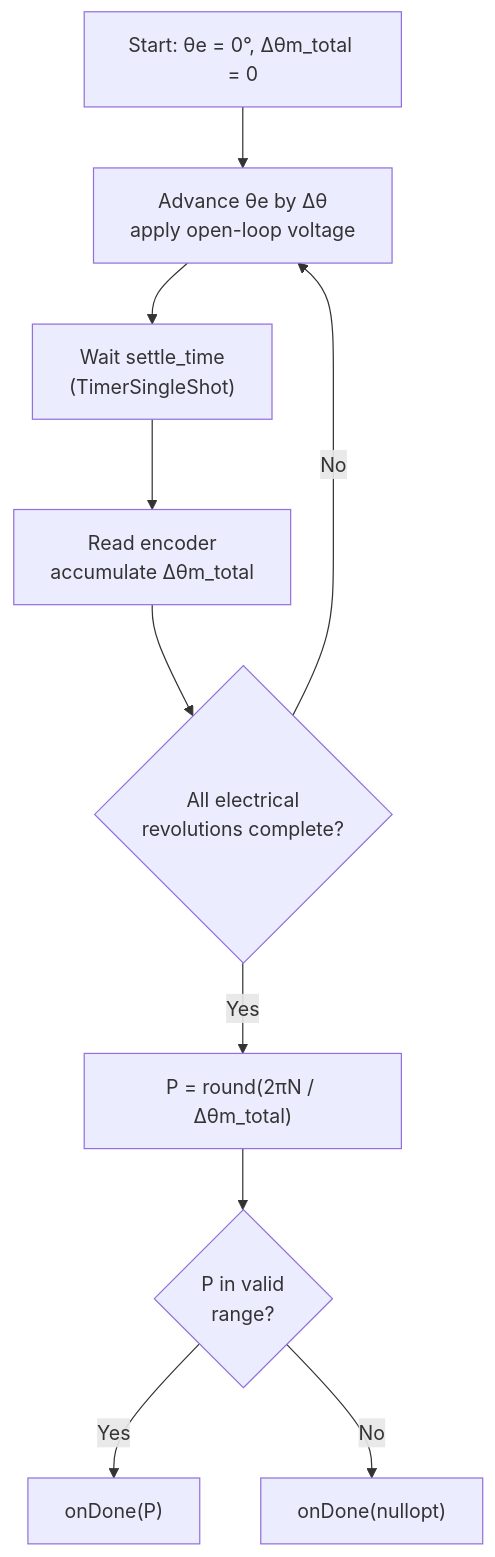
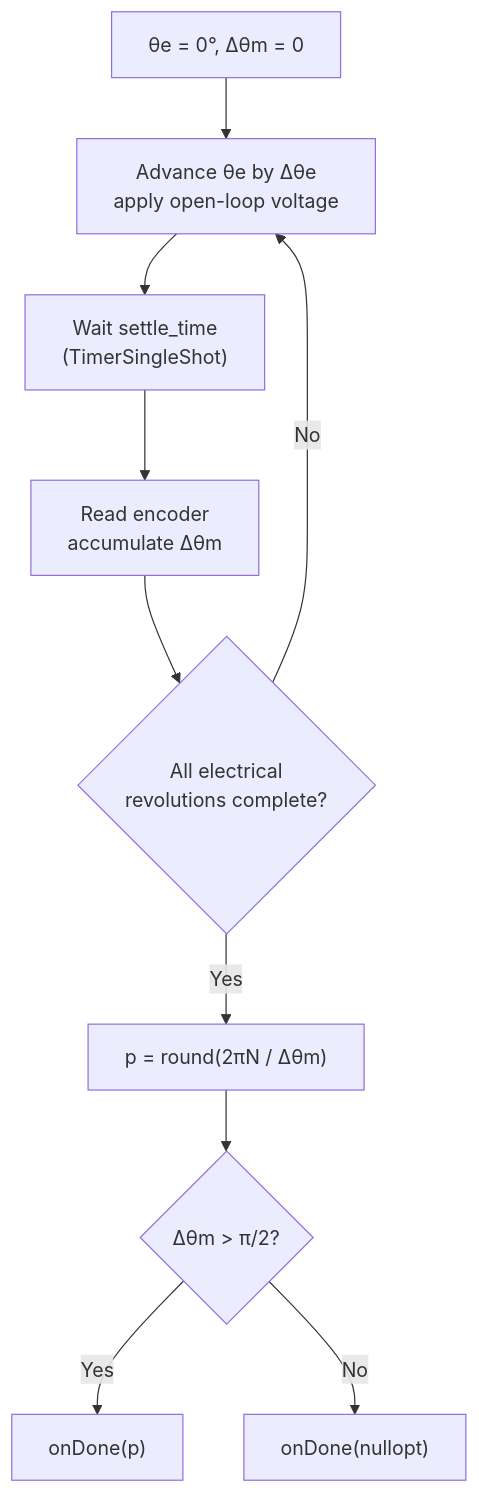
One commit to embedded-pro/e-foc changed the fifth of 5 diagrams in documentation/design/service-electrical-ident.md. Above: the diagram before and after it, drawn with Mermaid. The commit also changed other lines of this file and 47 other files, not shown here.

````diff
--- a/documentation/design/service-electrical-ident.md
+++ b/documentation/design/service-electrical-ident.md
@@ -125,12 +183,12 @@
 ```mermaid
 flowchart TD
-    START["Start: θe = 0°, Δθm_total = 0"] --> STEP["Advance θe by Δθ\napply open-loop voltage"]
+    START["θe = 0°, Δθm = 0"] --> STEP["Advance θe by Δθe\napply open-loop voltage"]
     STEP --> SETTLE["Wait settle_time\n(TimerSingleShot)"]
-    SETTLE --> READ["Read encoder\naccumulate Δθm_total"]
+    SETTLE --> READ["Read encoder\naccumulate Δθm"]
     READ --> CHECK{"All electrical\nrevolutions complete?"}
     CHECK -->|No| STEP
-    CHECK -->|Yes| CALC["P = round(2πN / Δθm_total)"]
-    CALC --> VALID{"P in valid\nrange?"}
-    VALID -->|Yes| CB_OK["onDone(P)"]
+    CHECK -->|Yes| CALC["p = round(2πN / Δθm)"]
+    CALC --> VALID{"Δθm > π/2?"}
+    VALID -->|Yes| CB_OK["onDone(p)"]
     VALID -->|No| CB_FAIL["onDone(nullopt)"]
 ```
````
